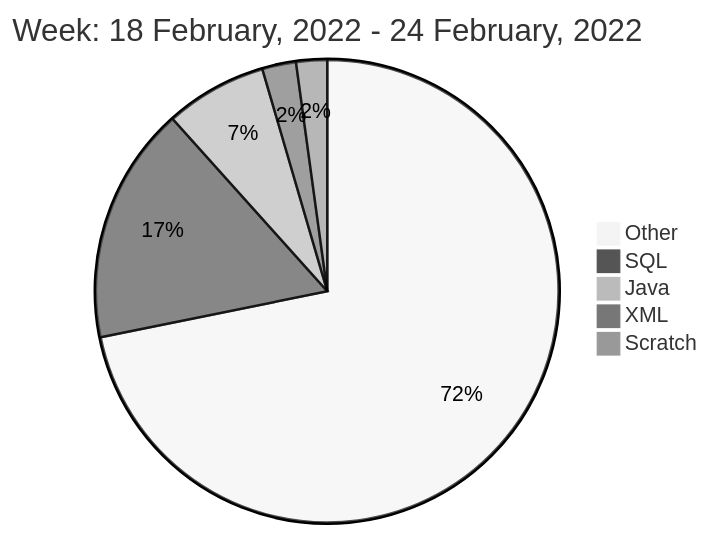
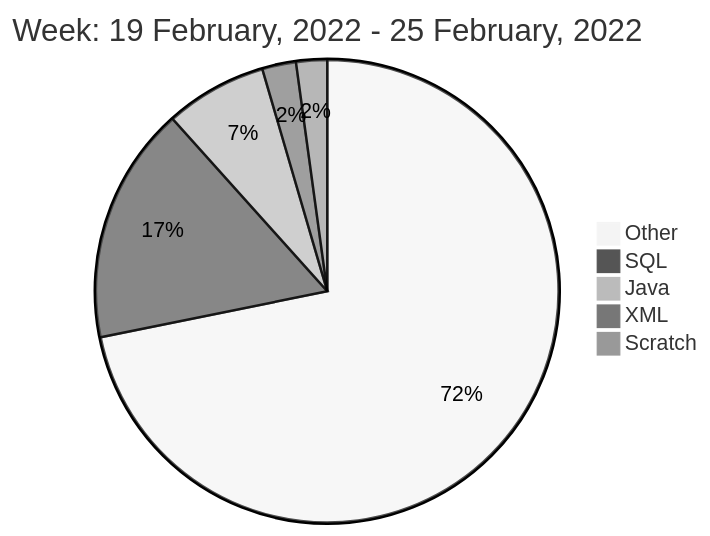
The diagram in README.md (liubin95/liubin95), drawn with Mermaid (neutral theme) before and after one commit.

Commit message:
Updated the Graph with new Metrics

````diff
--- a/README.md
+++ b/README.md
@@ -42,9 +42,9 @@
 ```mermaid
  pie
-title Week: 18 February, 2022 - 24 February, 2022
+title Week: 19 February, 2022 - 25 February, 2022
  "Other" : 76440.086
  "SQL" : 17614.05
  "Java" : 7576.409
  "XML" : 2512.044
  "Scratch" : 2303.726
 ```
````
